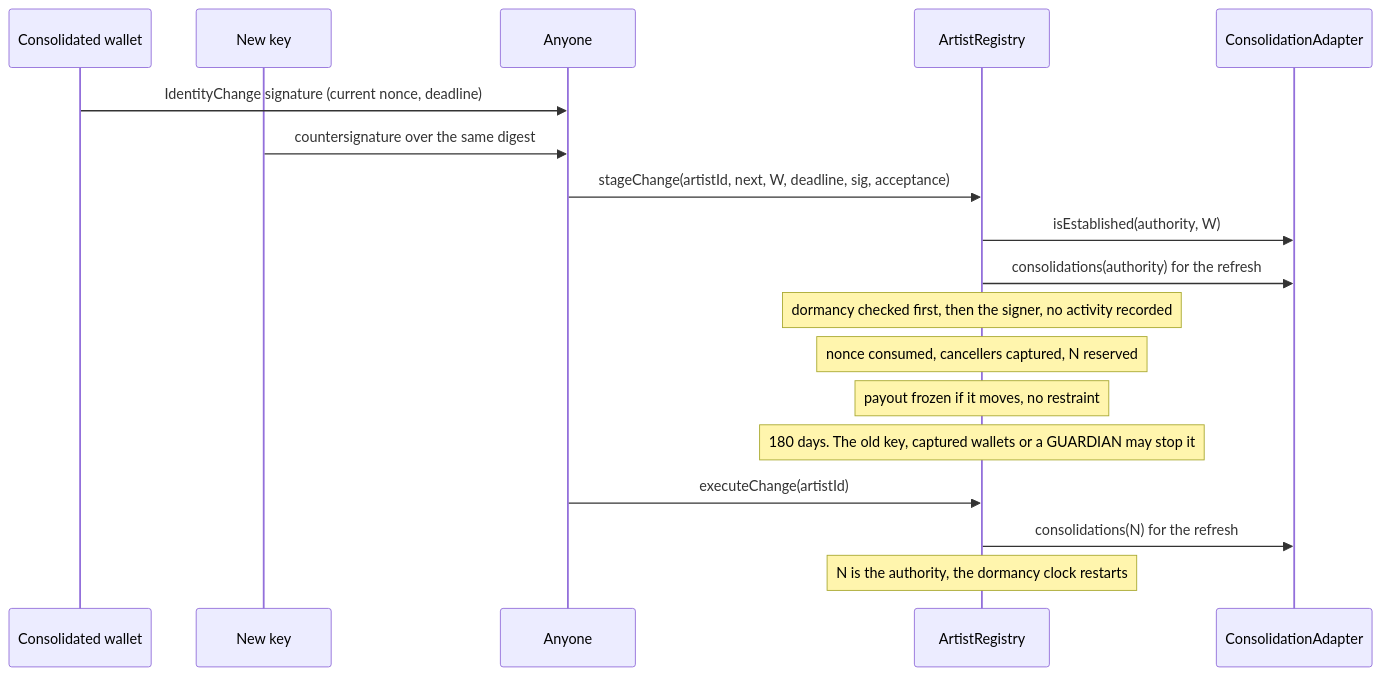
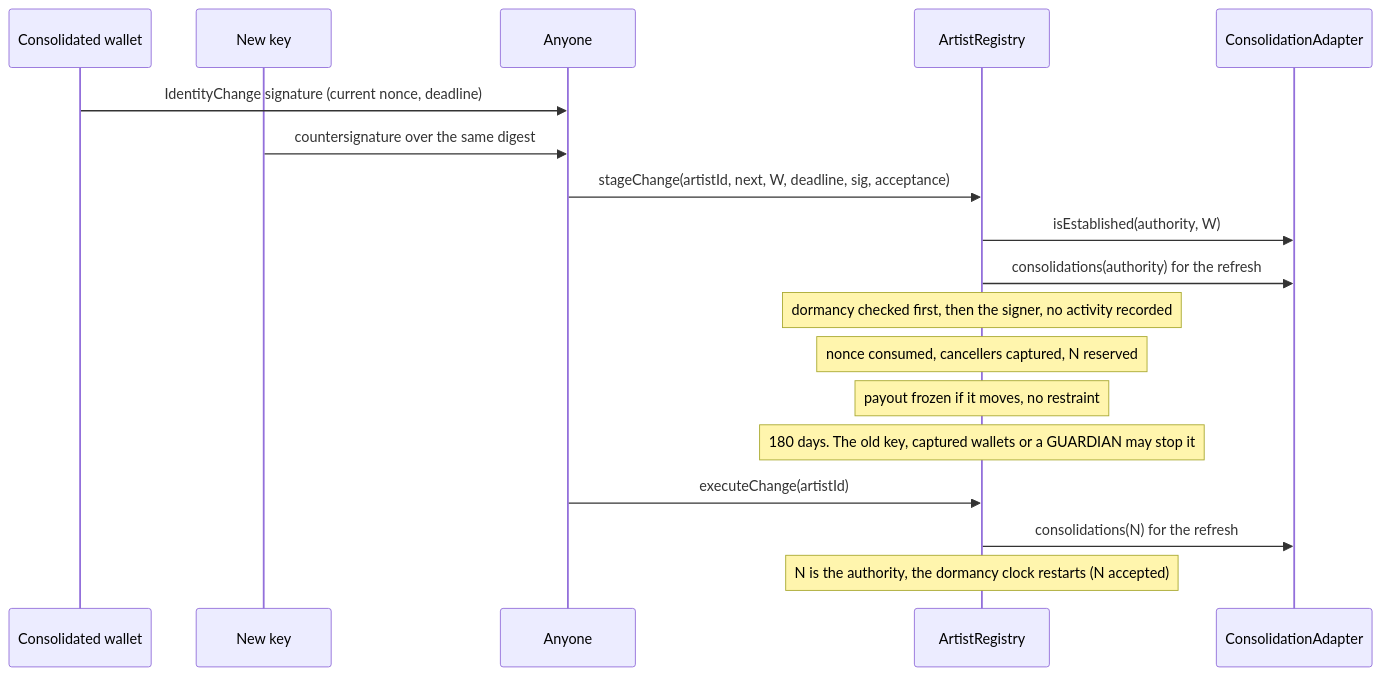
One commit to 6529-Collections/6529-works changed the third of 8 diagrams in docs/spec/identity-and-recovery.md. Above: the diagram before and after it, drawn with Mermaid. The commit also changed other lines of this file and 14 other files, not shown here.

````diff
--- a/docs/spec/identity-and-recovery.md
+++ b/docs/spec/identity-and-recovery.md
@@ -406,20 +412,20 @@
 ```mermaid
 sequenceDiagram
     participant W as Consolidated wallet
     participant N as New key
     participant Anyone
     participant R as ArtistRegistry
     participant S as ConsolidationAdapter
     W->>Anyone: IdentityChange signature (current nonce, deadline)
     N->>Anyone: countersignature over the same digest
     Anyone->>R: stageChange(artistId, next, W, deadline, sig, acceptance)
     R->>S: isEstablished(authority, W)
     R->>S: consolidations(authority) for the refresh
     Note over R: dormancy checked first, then the signer, no activity recorded
     Note over R: nonce consumed, cancellers captured, N reserved
     Note over R: payout frozen if it moves, no restraint
     Note over R: 180 days. The old key, captured wallets or a GUARDIAN may stop it
     Anyone->>R: executeChange(artistId)
     R->>S: consolidations(N) for the refresh
-    Note over R: N is the authority, the dormancy clock restarts
+    Note over R: N is the authority, the dormancy clock restarts (N accepted)
 ```
````
